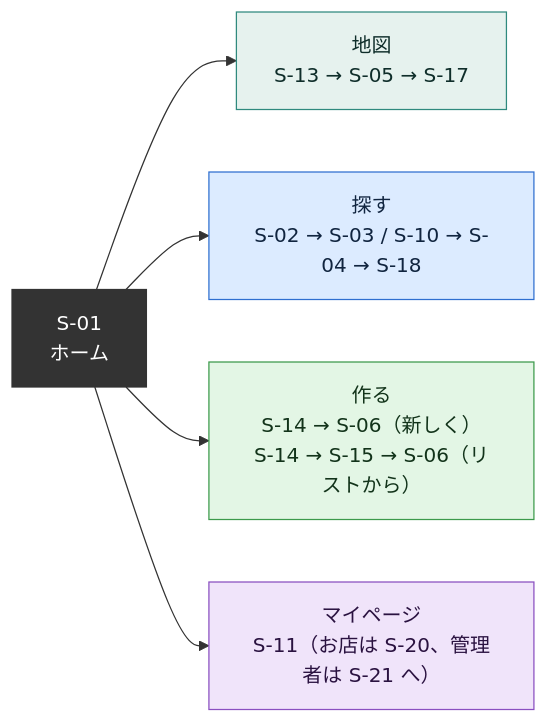
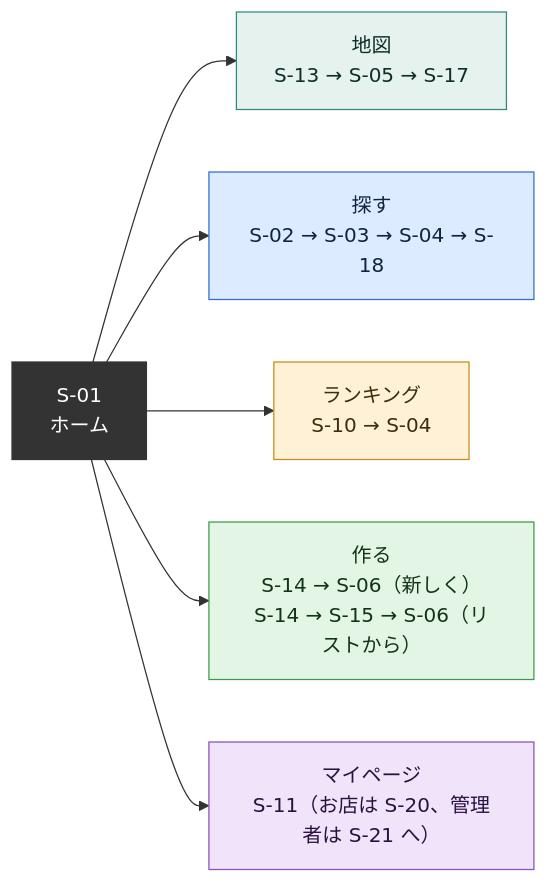
Before and after one commit to ponsuke108/Kanazawa_Trip: the third of 15 diagrams in docs/requirements.md, drawn with Mermaid. The commit also changed other lines of this file and 1 other file, not shown here.

````diff
--- a/docs/requirements.md
+++ b/docs/requirements.md
@@ -803,25 +806,28 @@
 ```mermaid
 flowchart LR
     S01["S-01<br>ホーム"]:::home
 
     M["地図<br>S-13 → S-05 → S-17"]:::map
-    A["探す<br>S-02 → S-03 / S-10 → S-04 → S-18"]:::search
+    A["探す<br>S-02 → S-03 → S-04 → S-18"]:::search
+    R["ランキング<br>S-10 → S-04"]:::rank
     B["作る<br>S-14 → S-06（新しく）<br>S-14 → S-15 → S-06（リストから）"]:::create
     D["マイページ<br>S-11（お店は S-20、管理者は S-21 へ）"]:::my
 
     S01 --> M
     S01 --> A
+    S01 --> R
     S01 --> B
     S01 --> D
 
     classDef home fill:#333333,stroke:#333333,color:#FFFFFF
     classDef map fill:#E6F2EE,stroke:#2F8A7E,color:#0F2E2A
     classDef search fill:#DCEBFF,stroke:#2F6FD0,color:#10243F
+    classDef rank fill:#FFF1D6,stroke:#C98A1B,color:#3F2C08
     classDef list fill:#FFF1D6,stroke:#C98A1B,color:#3F2C08
     classDef create fill:#E3F6E5,stroke:#3C9A4B,color:#12331A
     classDef post fill:#F0E4FA,stroke:#8A4FC0,color:#2A1240
     classDef shop fill:#FBE7E1,stroke:#C4553A,color:#3F1A10
     classDef my fill:#F0E4FA,stroke:#8A4FC0,color:#2A1240
     classDef login fill:#F3F4F6,stroke:#6B7280,color:#1F2937
     classDef ext fill:#FFFFFF,stroke:#888888,stroke-dasharray:4 3,color:#333333
 ```
````
